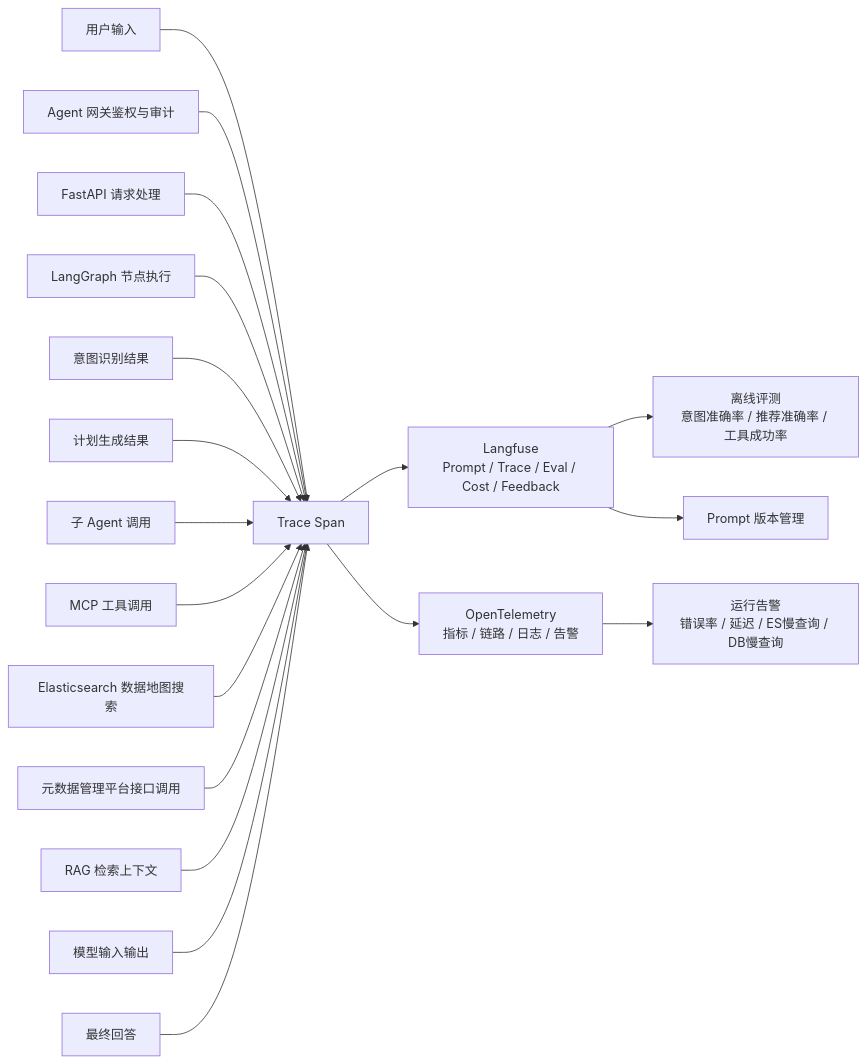
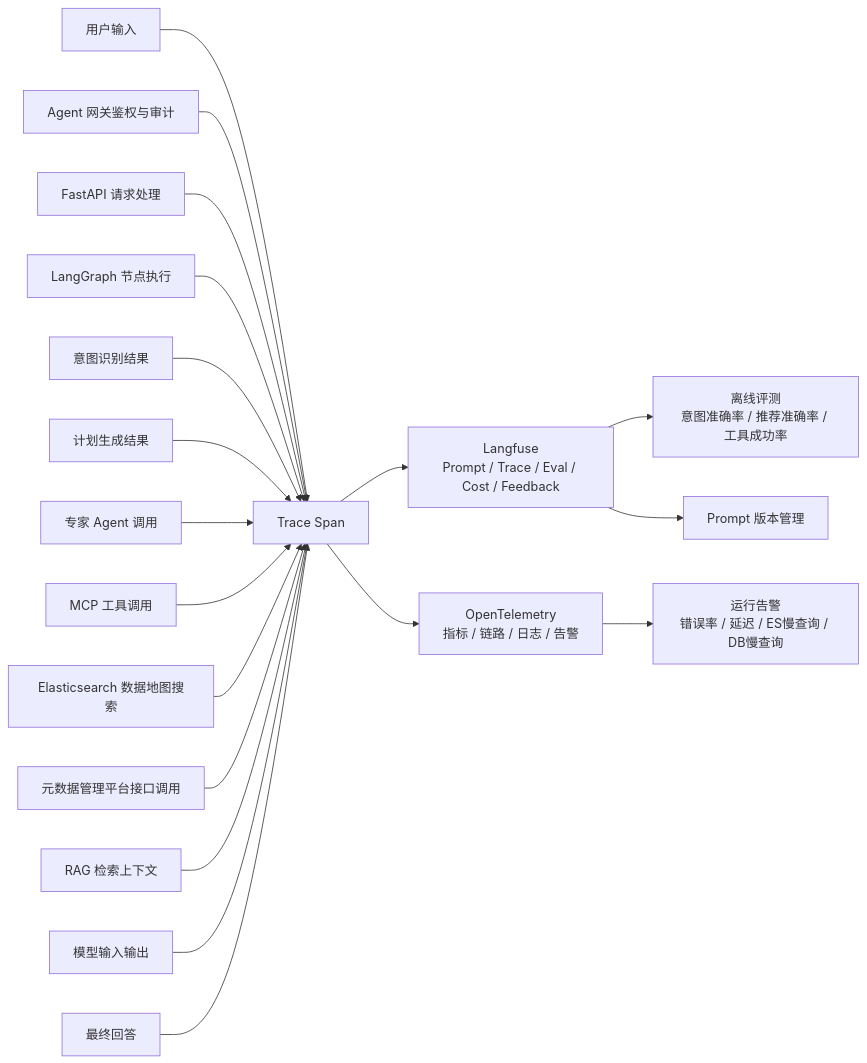
The eighth of 8 diagrams in 数据资产助手/90-附录-数据资产助手典型场景数据流.md (ShaneLiu001/dataasset), drawn with Mermaid before and after one commit. The commit also changed other lines of this file and 23 other files, not shown here.

````diff
--- a/数据资产助手/90-附录-数据资产助手典型场景数据流.md
+++ b/数据资产助手/90-附录-数据资产助手典型场景数据流.md
@@ -366,23 +363,23 @@
 ```mermaid
 flowchart LR
   UserInput[用户输入] --> Trace[Trace Span]
   Gateway[Agent 网关鉴权与审计] --> Trace
   FastAPI[FastAPI 请求处理] --> Trace
   Graph[LangGraph 节点执行] --> Trace
   Intent[意图识别结果] --> Trace
   Plan[计划生成结果] --> Trace
-  AgentCall[子 Agent 调用] --> Trace
+  AgentCall[专家 Agent 调用] --> Trace
   ToolCall[MCP 工具调用] --> Trace
   ES[Elasticsearch 数据地图搜索] --> Trace
   MetadataApi[元数据管理平台接口调用] --> Trace
   Rag[RAG 检索上下文] --> Trace
   ModelIO[模型输入输出] --> Trace
   Answer[最终回答] --> Trace
 
   Trace --> Langfuse[Langfuse<br/>Prompt / Trace / Eval / Cost / Feedback]
   Trace --> OTel[OpenTelemetry<br/>指标 / 链路 / 日志 / 告警]
 
   Langfuse --> Eval[离线评测<br/>意图准确率 / 推荐准确率 / 工具成功率]
   Langfuse --> Prompt[Prompt 版本管理]
   OTel --> Alert[运行告警<br/>错误率 / 延迟 / ES慢查询 / DB慢查询]
 ```
````
